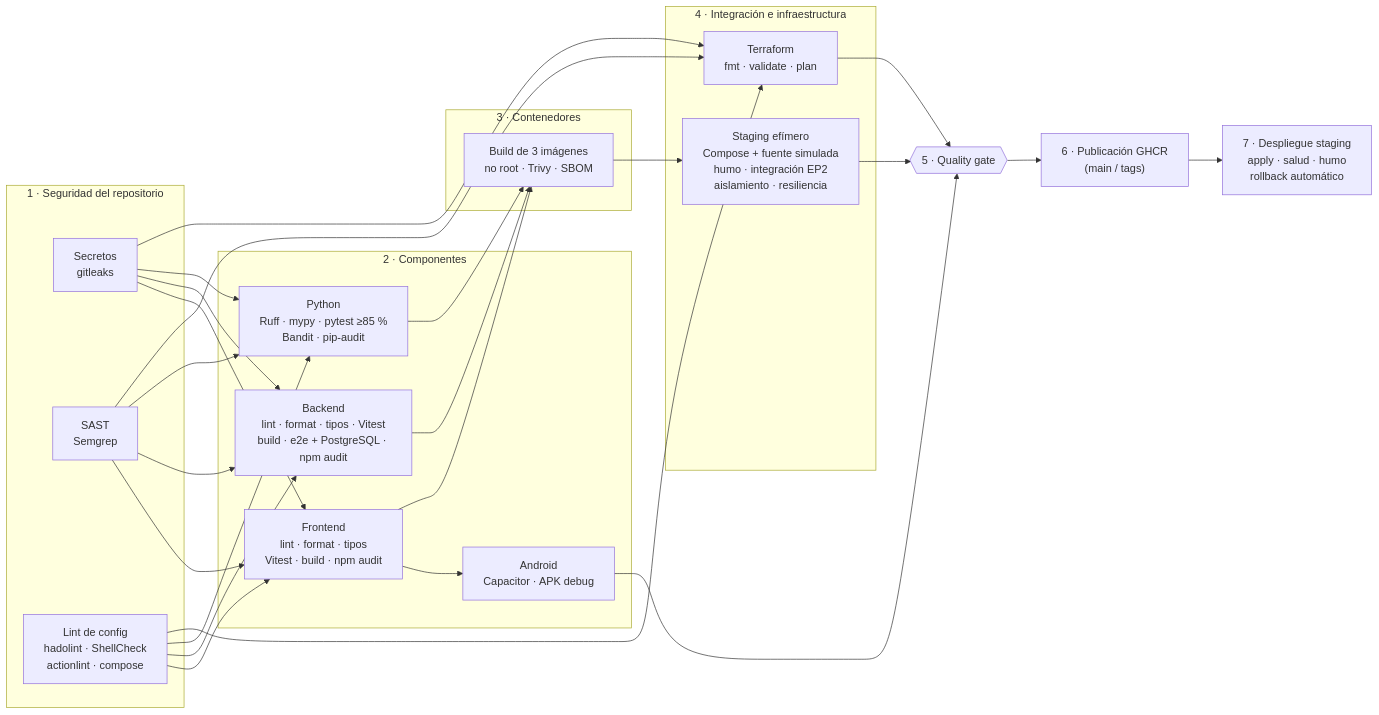
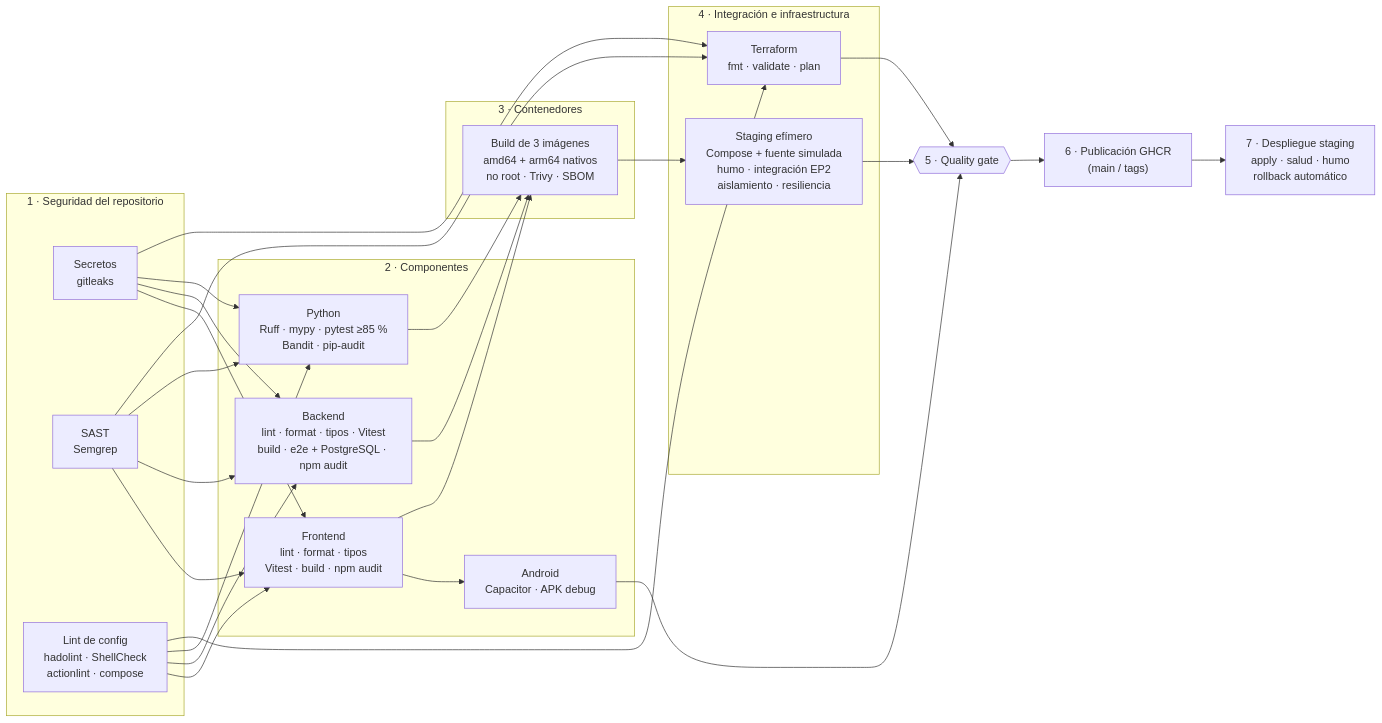
One commit to Dakotahh1/SmartCommerce changed the diagram in docs/07-pipeline-devsecops.md. Above: the diagram before and after it, drawn with Mermaid. The commit also changed other lines of this file, not shown here.

First line of the commit message:
docs(pipeline): imágenes amd64 y arm64 y manifiesto multiarquitectura

````diff
--- a/docs/07-pipeline-devsecops.md
+++ b/docs/07-pipeline-devsecops.md
@@ -19,29 +19,29 @@
 ```mermaid
 flowchart LR
     subgraph s1["1 · Seguridad del repositorio"]
         gl["Secretos<br/>gitleaks"]
         sg["SAST<br/>Semgrep"]
         cl["Lint de config<br/>hadolint · ShellCheck<br/>actionlint · compose"]
     end
     subgraph s2["2 · Componentes"]
         fe["Frontend<br/>lint · format · tipos<br/>Vitest · build · npm audit"]
         be["Backend<br/>lint · format · tipos · Vitest<br/>build · e2e + PostgreSQL · npm audit"]
         py["Python<br/>Ruff · mypy · pytest ≥85 %<br/>Bandit · pip-audit"]
         an["Android<br/>Capacitor · APK debug"]
     end
     subgraph s3["3 · Contenedores"]
-        im["Build de 3 imágenes<br/>no root · Trivy · SBOM"]
+        im["Build de 3 imágenes<br/>amd64 + arm64 nativos<br/>no root · Trivy · SBOM"]
     end
     subgraph s4["4 · Integración e infraestructura"]
         st["Staging efímero<br/>Compose + fuente simulada<br/>humo · integración EP2<br/>aislamiento · resiliencia"]
         tf["Terraform<br/>fmt · validate · plan"]
     end
     qg{{"5 · Quality gate"}}
     pub["6 · Publicación GHCR<br/>(main / tags)"]
     dep["7 · Despliegue staging<br/>apply · salud · humo<br/>rollback automático"]
 
     gl & sg & cl --> fe & be & py & tf
     fe --> an
     fe & be & py --> im --> st
     st & an & tf --> qg --> pub --> dep
 ```
````
